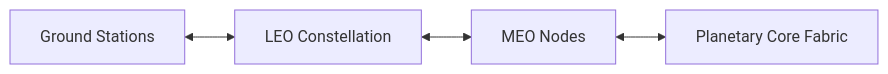
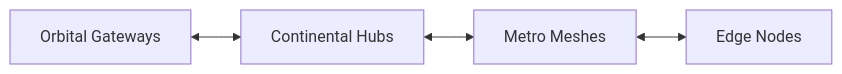
Before and after one commit to vxssroot/web6-10g-lab: the diagram in infra/topologies/planetary-mesh.md, drawn with Mermaid. The commit also changed other lines of this file and 7 other files, not shown here.

````diff
--- a/infra/topologies/planetary-mesh.md
+++ b/infra/topologies/planetary-mesh.md
@@ -5,6 +11,6 @@
 ```mermaid
 graph LR
-    Ground[Ground Stations] <--> LEO[LEO Constellation]
-    LEO <--> MEO[MEO Nodes]
-    MEO <--> Core[Planetary Core Fabric]
+    Orbital[Orbital Gateways] <--> Continental[Continental Hubs]
+    Continental <--> Metro[Metro Meshes]
+    Metro <--> Edge[Edge Nodes]
 ```
````
